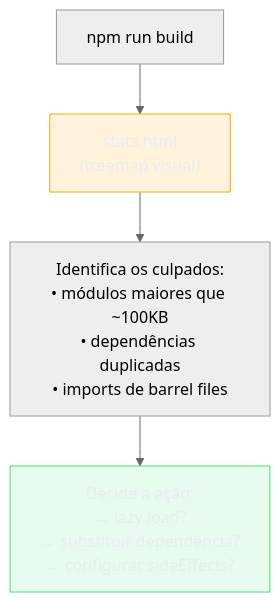
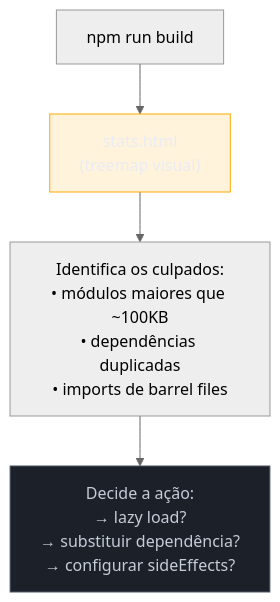
The first of 8 diagrams in 03-Dominios/Tecnologia/Tooling e Build/17 - Otimização de bundle.md (josenaldo/codex-technomanticus), drawn with Mermaid (neutral theme) before and after one commit. The commit also changed other lines of this file and 601 other files, not shown here.

````diff
--- a/03-Dominios/Tecnologia/Tooling e Build/17 - Otimização de bundle.md
+++ b/03-Dominios/Tecnologia/Tooling e Build/17 - Otimização de bundle.md
@@ -72,14 +72,14 @@
 ```mermaid
 graph TD
+    classDef neutro fill:#1B2029,stroke:#4E5666,color:#C6CCD8
     classDef destaque fill:#FFAA0024,stroke:#FFAA00,color:#E9ECF2
-    classDef ok fill:#4ADE8021,stroke:#4ADE80,color:#E9ECF2
     BUILD["npm run build"]
     REPORT["stats.html\n(treemap visual)"]
     IDENTIFY["Identifica os culpados:\n• módulos maiores que ~100KB\n• dependências duplicadas\n• imports de barrel files"]
     ACTION["Decide a ação:\n→ lazy load?\n→ substituir dependência?\n→ configurar sideEffects?"]
 
     BUILD --> REPORT --> IDENTIFY --> ACTION
 
     class REPORT destaque
-    class ACTION ok
+    class ACTION neutro
 ```
````
